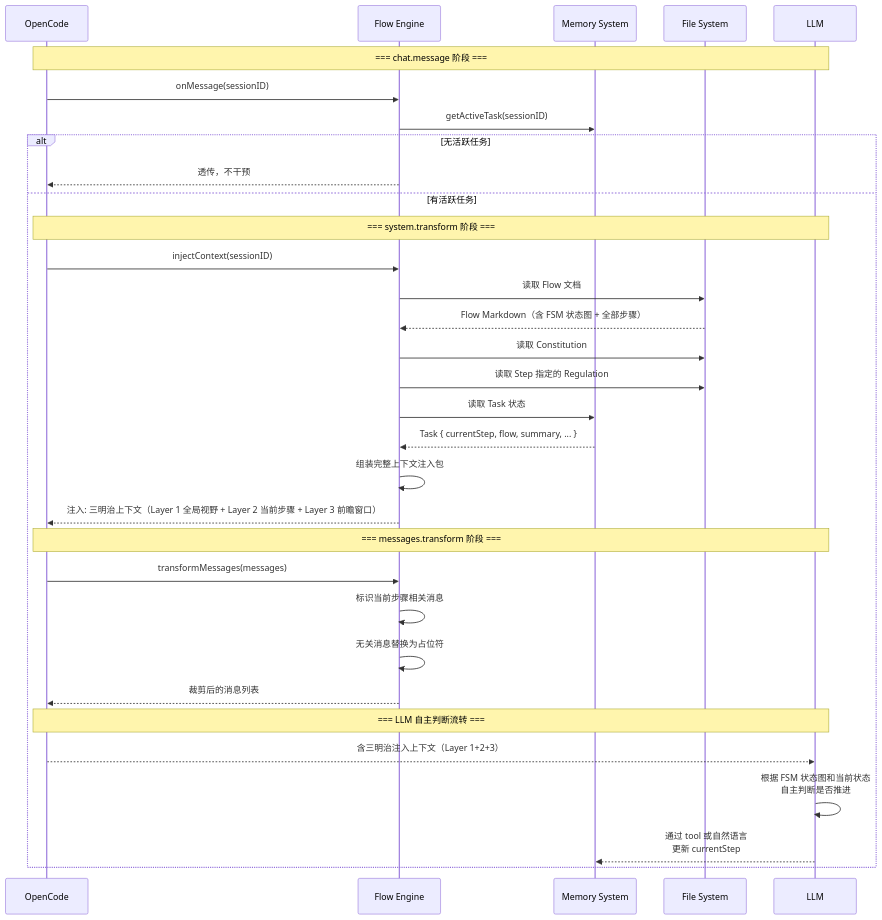
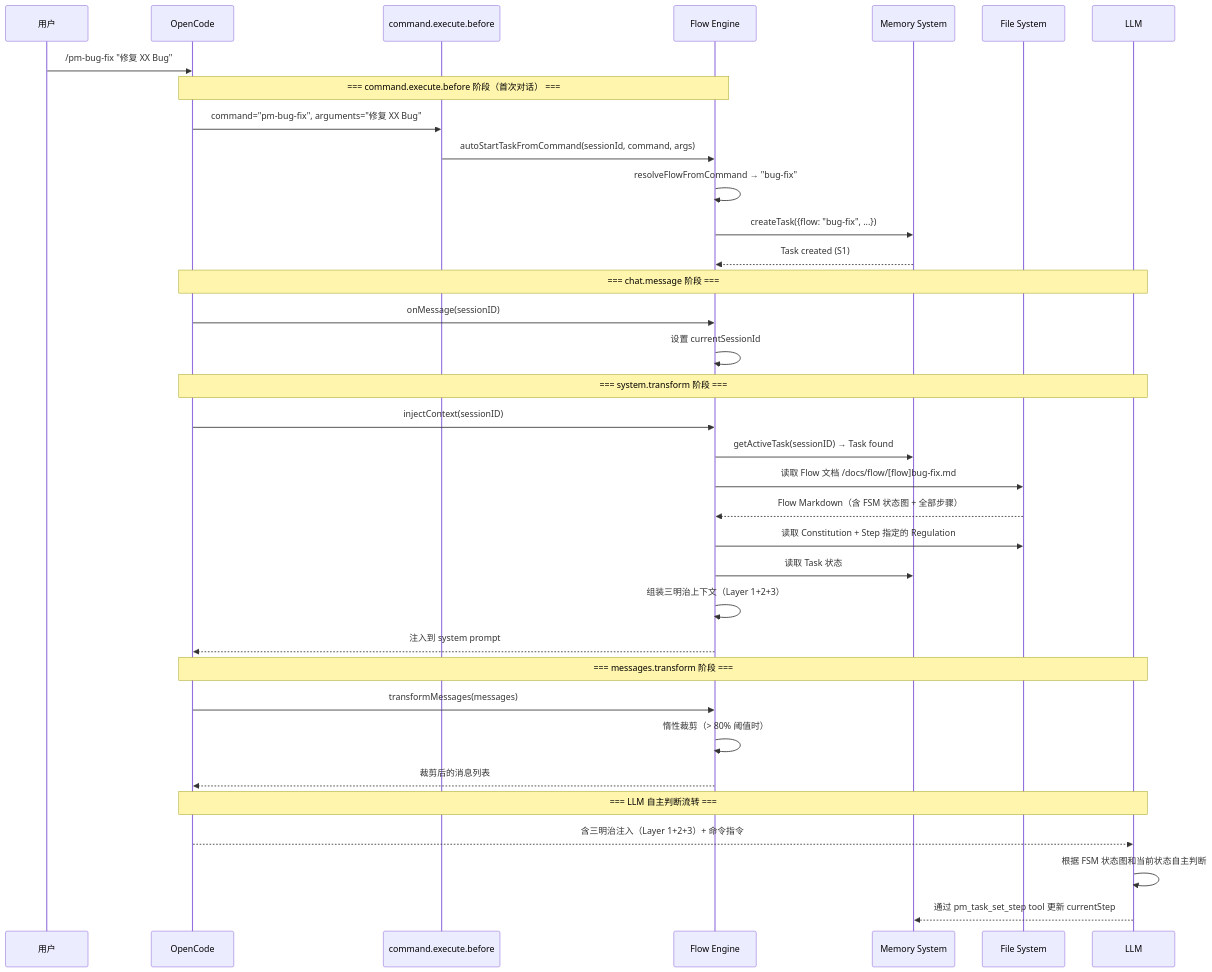
One commit to hank-cp/opencode-vibe-pm changed the third of 3 diagrams in docs/spec/vibe-pm-flow-engine.md. Above: the diagram before and after it, drawn with Mermaid. The commit also changed other lines of this file and 10 other files, not shown here.

First line of the commit message:
feat: 任务创建从 Tool 驱动迁移到 Hook 自动驱动

````diff
--- a/docs/spec/vibe-pm-flow-engine.md
+++ b/docs/spec/vibe-pm-flow-engine.md
@@ -53,38 +96,43 @@
 ```mermaid
 sequenceDiagram
+    participant User as 用户
     participant OC as OpenCode
+    participant CmdHook as command.execute.before
     participant FE as Flow Engine
     participant Mem as Memory System
     participant FS as File System
     participant LLM as LLM
 
+    User->>OC: /pm-bug-fix "修复 XX Bug"
+
+    Note over OC,FE: === command.execute.before 阶段（首次对话） ===
+    OC->>CmdHook: command="pm-bug-fix", arguments="修复 XX Bug"
+    CmdHook->>FE: autoStartTaskFromCommand(sessionId, command, args)
+    FE->>FE: resolveFlowFromCommand → "bug-fix"
+    FE->>Mem: createTask({flow: "bug-fix", ...})
+    Mem-->>FE: Task created (S1)
+
     Note over OC,LLM: === chat.message 阶段 ===
     OC->>FE: onMessage(sessionID)
-    FE->>Mem: getActiveTask(sessionID)
-    
-    alt 无活跃任务
-        FE-->>OC: 透传，不干预
-    else 有活跃任务
-        Note over OC,LLM: === system.transform 阶段 ===
-        OC->>FE: injectContext(sessionID)
-        FE->>FS: 读取 Flow 文档
-        FS-->>FE: Flow Markdown（含 FSM 状态图 + 全部步骤）
-        FE->>FS: 读取 Constitution
-        FE->>FS: 读取 Step 指定的 Regulation
-        FE->>Mem: 读取 Task 状态
-        Mem-->>FE: Task { currentStep, flow, summary, ... }
-        FE->>FE: 组装完整上下文注入包
-        FE-->>OC: 注入: 三明治上下文（Layer 1 全局视野 + Layer 2 当前步骤 + Layer 3 前瞻窗口）
+    FE->>FE: 设置 currentSessionId
 
-        Note over OC,LLM: === messages.transform 阶段 ===
-        OC->>FE: transformMessages(messages)
-        FE->>FE: 标识当前步骤相关消息
-        FE->>FE: 无关消息替换为占位符
-        FE-->>OC: 裁剪后的消息列表
+    Note over OC,LLM: === system.transform 阶段 ===
+    OC->>FE: injectContext(sessionID)
+    FE->>Mem: getActiveTask(sessionID) → Task found
+    FE->>FS: 读取 Flow 文档 /docs/flow/[flow]bug-fix.md
+    FS-->>FE: Flow Markdown（含 FSM 状态图 + 全部步骤）
+    FE->>FS: 读取 Constitution + Step 指定的 Regulation
+    FE->>Mem: 读取 Task 状态
+    FE->>FE: 组装三明治上下文（Layer 1+2+3）
+    FE-->>OC: 注入到 system prompt
 
-        Note over OC,LLM: === LLM 自主判断流转 ===
-        OC-->>LLM: 含三明治注入上下文（Layer 1+2+3）
-        LLM->>LLM: 根据 FSM 状态图和当前状态<br/>自主判断是否推进
-        LLM-->>Mem: 通过 tool 或自然语言<br/>更新 currentStep
-    end
+    Note over OC,LLM: === messages.transform 阶段 ===
+    OC->>FE: transformMessages(messages)
+    FE->>FE: 惰性裁剪（> 80% 阈值时）
+    FE-->>OC: 裁剪后的消息列表
+
+    Note over OC,LLM: === LLM 自主判断流转 ===
+    OC-->>LLM: 含三明治注入（Layer 1+2+3）+ 命令指令
+    LLM->>LLM: 根据 FSM 状态图和当前状态自主判断
+    LLM-->>Mem: 通过 pm_task_set_step tool 更新 currentStep
 ```
````
